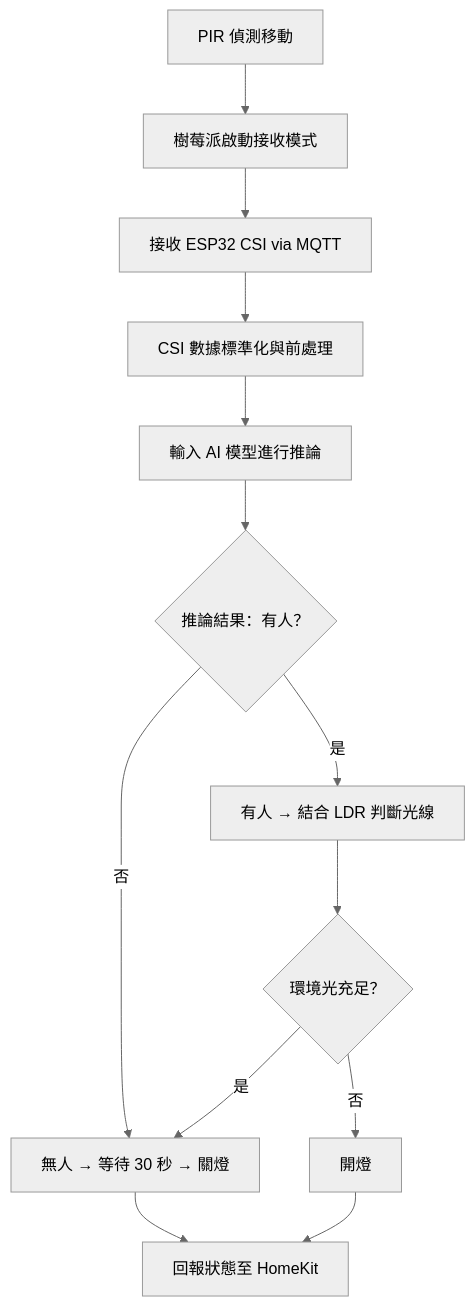
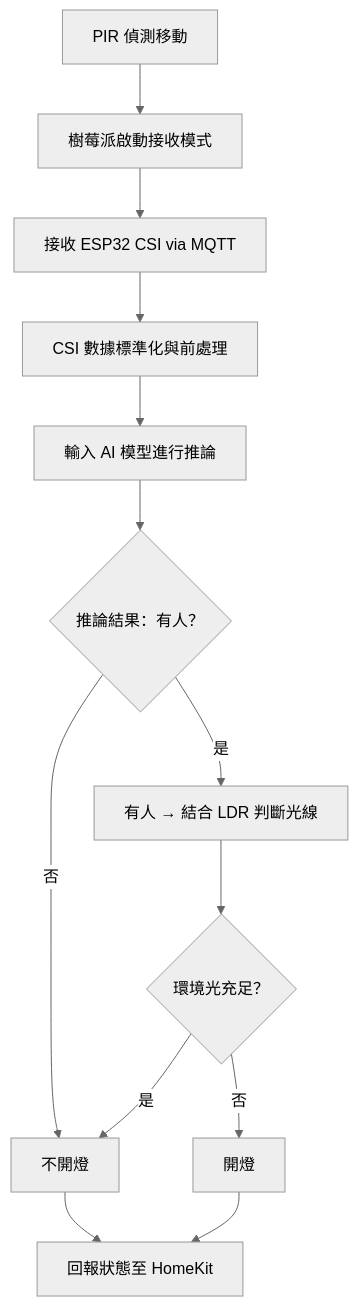
Before and after one commit to Meowrio0/HomePi-SmartLightingControl-with-CSI: the diagram in README.md, drawn with Mermaid (neutral theme).

````diff
--- a/README.md
+++ b/README.md
@@ -45,15 +45,15 @@
 ```mermaid
 flowchart TD
     A[PIR 偵測移動] --> B[樹莓派啟動接收模式]
     B --> C[接收 ESP32 CSI via MQTT]
     C --> D[CSI 數據標準化與前處理]
     D --> E[輸入 AI 模型進行推論]
     E --> F{推論結果：有人？}
-    F -- 否 --> G[無人 → 等待 30 秒 → 關燈]
+    F -- 否 --> G[不開燈]
     F -- 是 --> H[有人 → 結合 LDR 判斷光線]
     H --> I{環境光充足？}
     I -- 是 --> G
     I -- 否 --> J[開燈]
     J --> K[回報狀態至 HomeKit]
     G --> K
 ```
````
